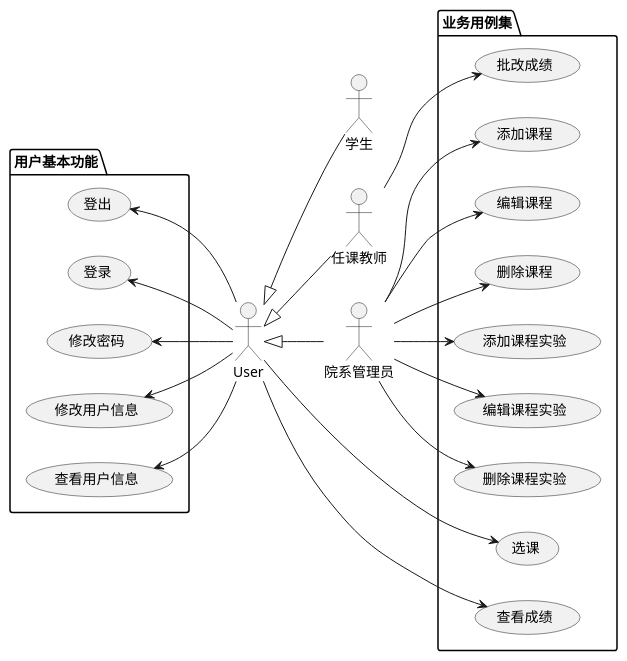
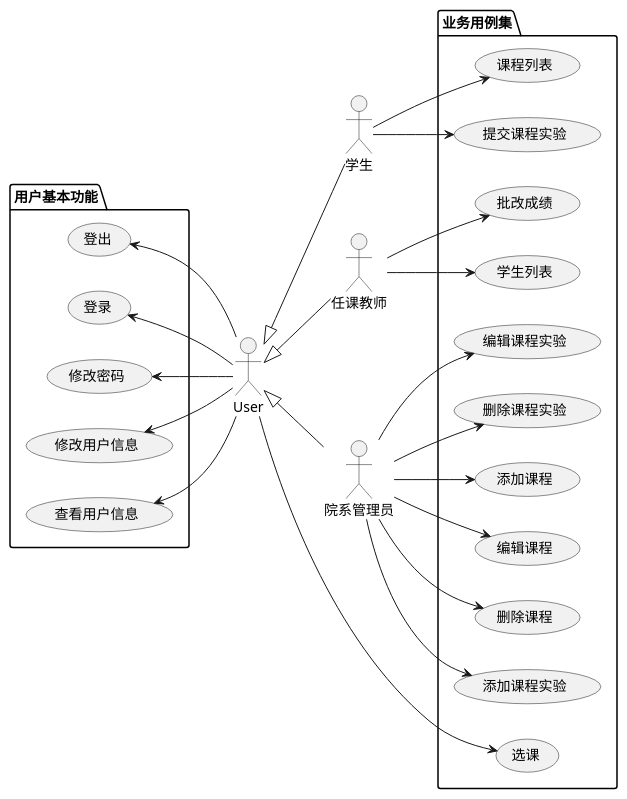
The diagram in test6/userCase.pu (201610414130/is_analysis-4), drawn with PlantUML before and after one commit.

Commit message:
日志同刚刚提交的用例图.png同

```diff
--- a/test6/userCase.pu
+++ b/test6/userCase.pu
@@ -1,42 +1,46 @@
 @startuml 用例图
 left to right direction
 :User: 
 :学生: as student
 :任课教师: as teacher
 :院系管理员: as admin
 package 用户基本功能{
     (查看用户信息) as showUser
     (修改用户信息) as updateUser
     (修改密码) as updatePwd
     (登录) as login
     (登出) as logout
     User -up-> showUser
     User -up-> updateUser
     User -up-> updatePwd
     User -up-> login
     User -up-> logout
 }
 package 业务用例集{
+    (提交课程实验) as submitWK
     (选课) as singCourse
-    (查看成绩) as queryGrade
+    (课程列表) as getClassList
+    (学生列表) as GetStudents
     (批改成绩) as setGrade
     (添加课程实验) as addCourseTask
     (编辑课程实验) as ediCourseTask
     (删除课程实验) as delCourseTask
     (添加课程) as addCourse
     (编辑课程) as ediCourse
     (删除课程) as delCourse
+    student --> submitWK
+    student --> getClassList
     User --> singCourse
-    User --> queryGrade
+    teacher --> GetStudents
     teacher --> setGrade
     admin --> addCourseTask
     admin --> ediCourseTask
     admin --> delCourseTask
     admin --> addCourse
     admin --> ediCourse
     admin --> delCourse
 }
 student -up-|> User
 teacher -up-|> User
 admin -up-|> User
 @enduml
```
